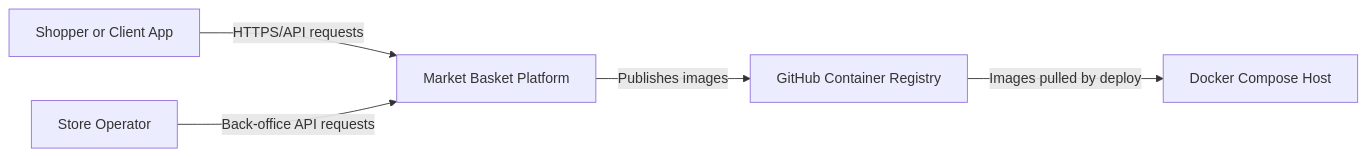
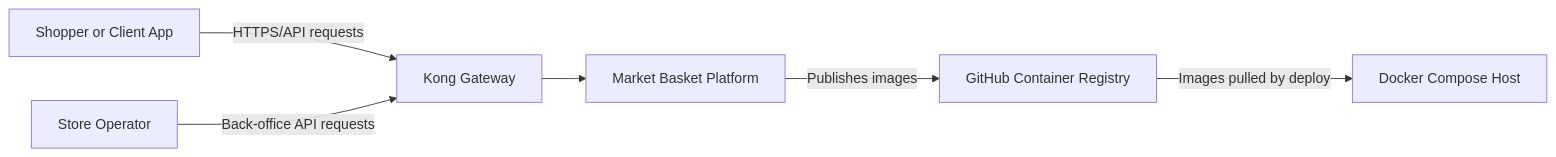
One commit to jobsonrisoa/market-basket-platform changed the first of 6 diagrams in docs/diagrams.md. Above: the diagram before and after it, drawn with Mermaid. The commit also changed other lines of this file and 28 other files, not shown here.

Commit message:
feat(infra): add kong gateway and seller service

````diff
--- a/docs/diagrams.md
+++ b/docs/diagrams.md
@@ -7,13 +7,15 @@
 ```mermaid
 flowchart LR
   shopper[Shopper or Client App]
   operator[Store Operator]
   platform[Market Basket Platform]
+  gateway[Kong Gateway]
   ghcr[GitHub Container Registry]
   deployHost[Docker Compose Host]
 
-  shopper -->|HTTPS/API requests| platform
-  operator -->|Back-office API requests| platform
+  shopper -->|HTTPS/API requests| gateway
+  operator -->|Back-office API requests| gateway
+  gateway --> platform
   platform -->|Publishes images| ghcr
   ghcr -->|Images pulled by deploy| deployHost
 ```
````
